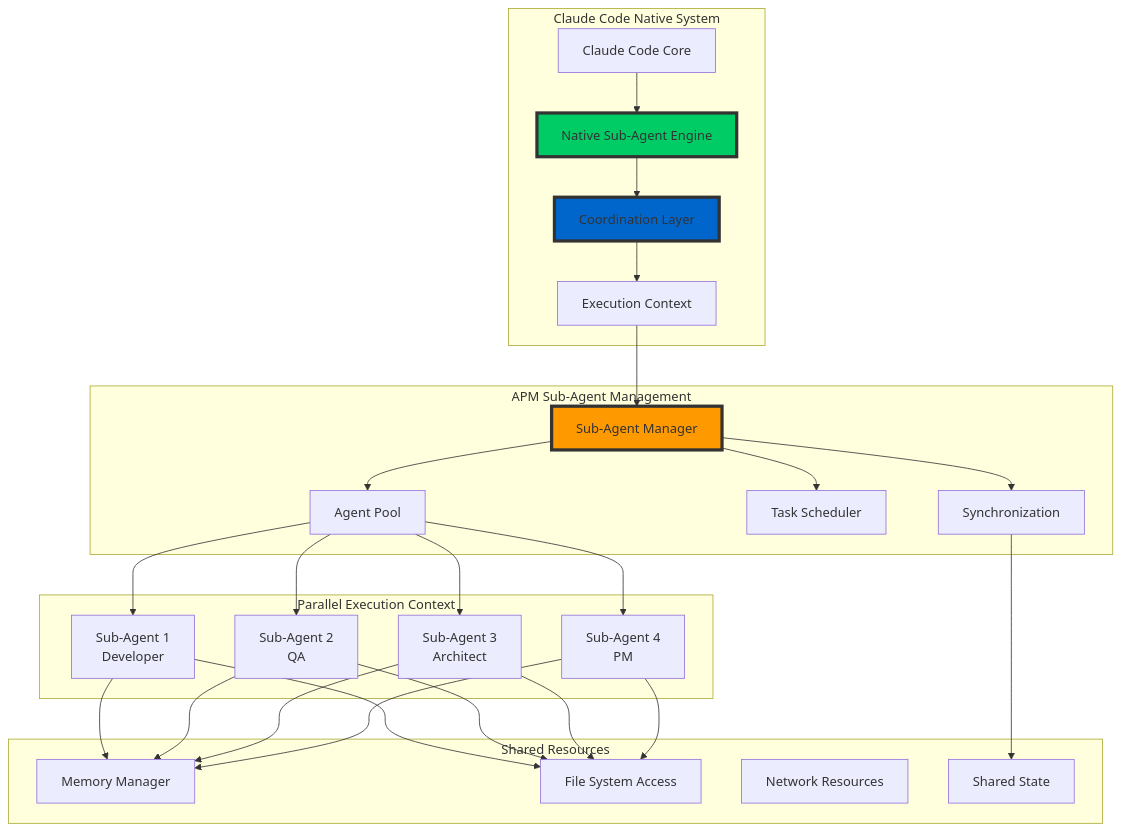
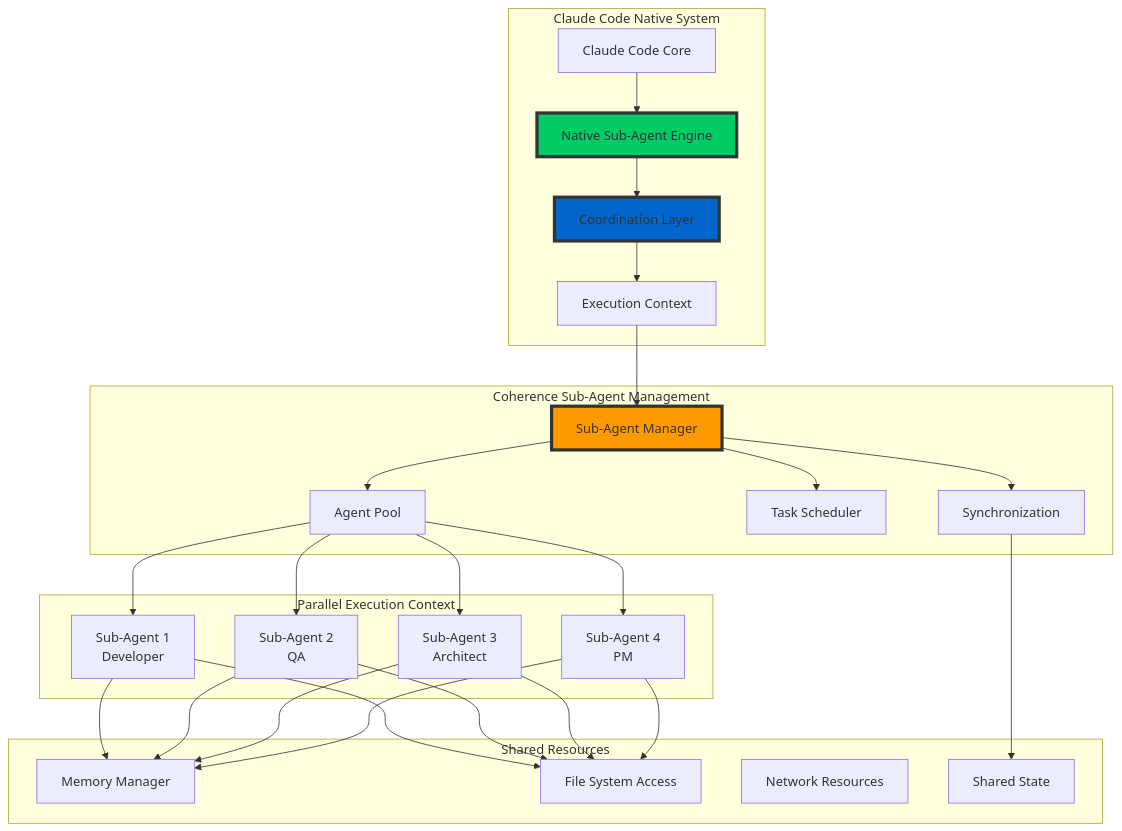
The second of 13 diagrams in .apm/documentation/07-reference/architecture-diagrams.md (omayhemo/APM), drawn with Mermaid before and after one commit. The commit also changed other lines of this file and 192 other files, not shown here.

````diff
--- a/.apm/documentation/07-reference/architecture-diagrams.md
+++ b/.apm/documentation/07-reference/architecture-diagrams.md
@@ -144,60 +144,60 @@
 ```mermaid
 graph TB
     subgraph "Claude Code Native System"
         CORE[Claude Code Core]
         NATIVE[Native Sub-Agent Engine]
         COORD[Coordination Layer]
         EXEC[Execution Context]
     end
 
-    subgraph "APM Sub-Agent Management"
+    subgraph "Coherence Sub-Agent Management"
         MGR[Sub-Agent Manager]
         POOL[Agent Pool]
         SCHED[Task Scheduler]
         SYNC[Synchronization]
     end
 
     subgraph "Parallel Execution Context"
         SA1[Sub-Agent 1<br/>Developer]
         SA2[Sub-Agent 2<br/>QA]
         SA3[Sub-Agent 3<br/>Architect]
         SA4[Sub-Agent 4<br/>PM]
     end
 
     subgraph "Shared Resources"
         MEM[Memory Manager]
         FS[File System Access]
         NET[Network Resources]
         STATE[Shared State]
     end
 
     CORE --> NATIVE
     NATIVE --> COORD
     COORD --> EXEC
 
     EXEC --> MGR
     MGR --> POOL
     MGR --> SCHED
     MGR --> SYNC
 
     POOL --> SA1
     POOL --> SA2
     POOL --> SA3
     POOL --> SA4
 
     SA1 --> MEM
     SA2 --> MEM
     SA3 --> MEM
     SA4 --> MEM
 
     SA1 --> FS
     SA2 --> FS
     SA3 --> FS
     SA4 --> FS
 
     SYNC --> STATE
 
     style NATIVE fill:#00cc66,stroke:#333,stroke-width:4px
     style COORD fill:#0066cc,stroke:#333,stroke-width:4px
     style MGR fill:#ff9900,stroke:#333,stroke-width:4px
 ```
````
